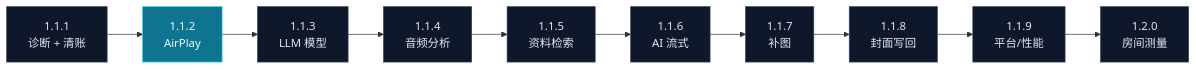
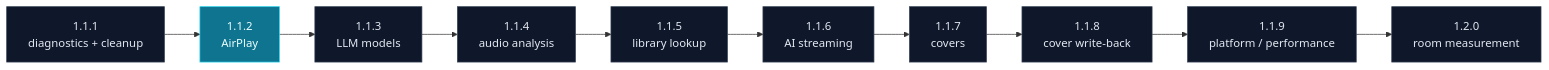
Before and after one commit to BH2VOQ/RLPlayer-Mac: the diagram in README.md, drawn with Mermaid. The commit also changed other lines of this file and 5 other files, not shown here.

````diff
--- a/README.md
+++ b/README.md
@@ -253,16 +263,16 @@
 ```mermaid
 flowchart LR
-  A["1.1.1<br/>诊断 + 清账"] --> B["1.1.2<br/>AirPlay"]
-  B --> C["1.1.3<br/>LLM 模型"]
-  C --> D["1.1.4<br/>音频分析"]
-  D --> E["1.1.5<br/>资料检索"]
-  E --> F["1.1.6<br/>AI 流式"]
-  F --> G["1.1.7<br/>补图"]
-  G --> H["1.1.8<br/>封面写回"]
-  H --> I["1.1.9<br/>平台/性能"]
-  I --> J["1.2.0<br/>房间测量"]
+  A["1.1.1<br/>diagnostics + cleanup"] --> B["1.1.2<br/>AirPlay"]
+  B --> C["1.1.3<br/>LLM models"]
+  C --> D["1.1.4<br/>audio analysis"]
+  D --> E["1.1.5<br/>library lookup"]
+  E --> F["1.1.6<br/>AI streaming"]
+  F --> G["1.1.7<br/>covers"]
+  G --> H["1.1.8<br/>cover write-back"]
+  H --> I["1.1.9<br/>platform / performance"]
+  I --> J["1.2.0<br/>room measurement"]
   classDef plan fill:#0f172a,stroke:#334155,color:#e2e8f0;
   classDef air fill:#0e7490,stroke:#22d3ee,color:#ecfeff;
   class A,B,C,D,E,F,G,H,I,J plan;
   class B air;
 ```
````
